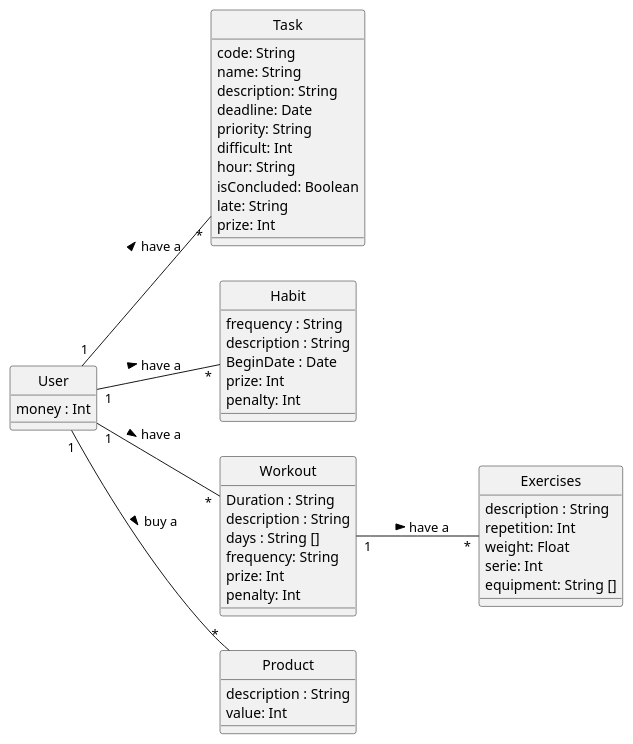
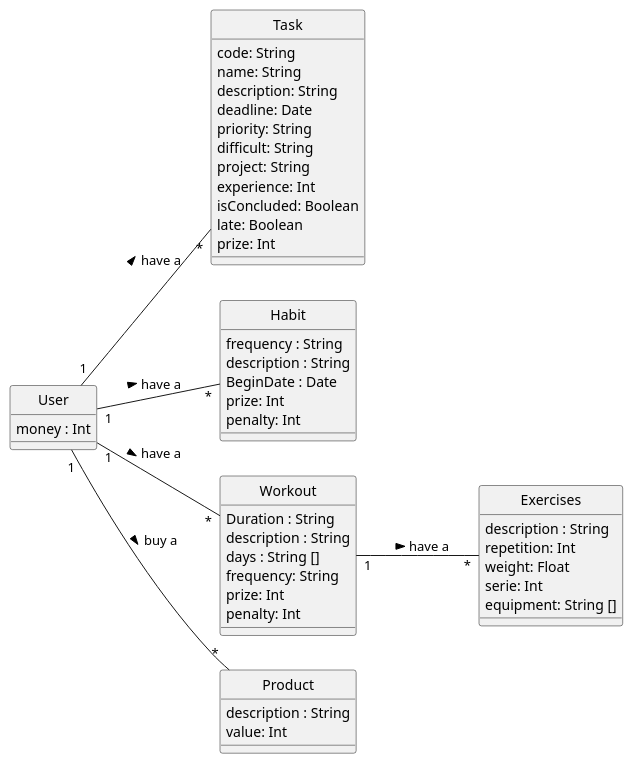
Before and after one commit to joao-felipe3/SecondBrain: the diagram in Project/ClassDiagram.puml, drawn with PlantUML. The commit also changed 1 other file, not shown here.

Commit message:
Some changes in the class diagram

```diff
--- a/Project/ClassDiagram.puml
+++ b/Project/ClassDiagram.puml
@@ -1,57 +1,58 @@
 @startuml Classes
 skinparam style strictuml
 left to right direction
 
 class Task {
-    code: String
+    code: String 
     name: String
     description: String 
     deadline: Date
     priority: String 
-    difficult: Int
-    hour: String
+    difficult: String
+    project: String
+    experience: Int
     isConcluded: Boolean
-    late: String
+    late: Boolean
     prize: Int
 }
 
 class Habit {
     frequency : String
     description : String
     BeginDate : Date
     prize: Int
     penalty: Int
 }
 
 class User {
     money : Int
 }
 
 class Workout {
     Duration : String
     description : String
     days : String []
     frequency: String
     prize: Int
     penalty: Int
 }
 
 class Exercises {
     description : String
     repetition: Int
     weight: Float
     serie: Int
     equipment: String []
 }
 
 class Product {
     description : String
     value: Int
 }
 
 User "1" -- "*" Task: have a >
 User "1" -- "*" Habit: have a >
 User "1" -- "*" Workout: have a >
 Workout "1" -- "*" Exercises: have a >
 User "1" -- "*" Product: buy a >
 @enduml
```
